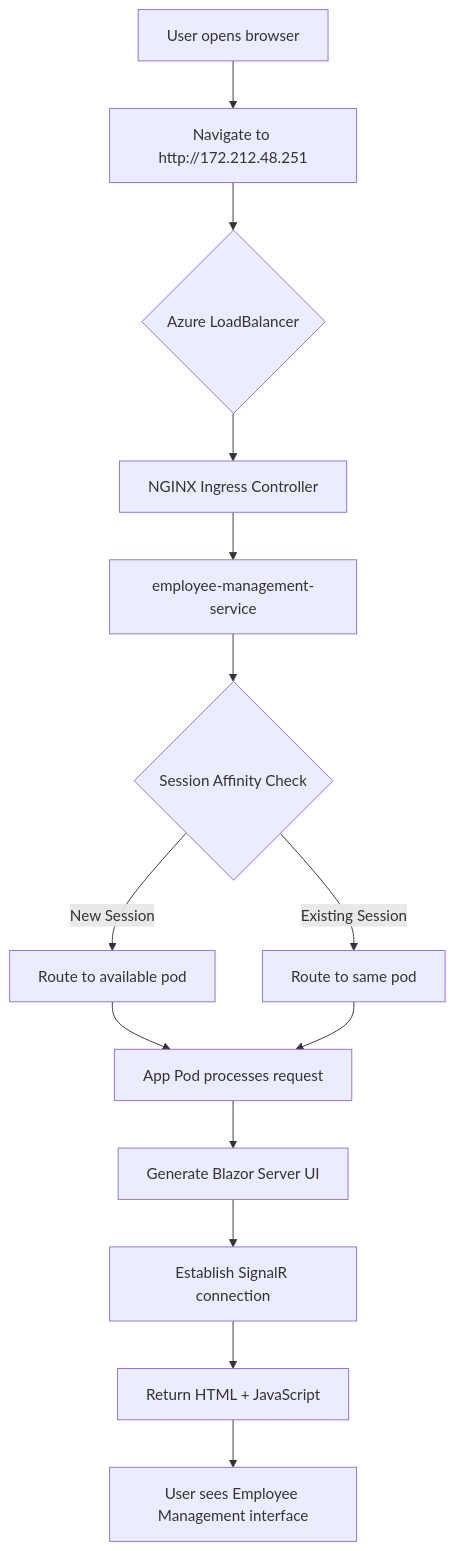
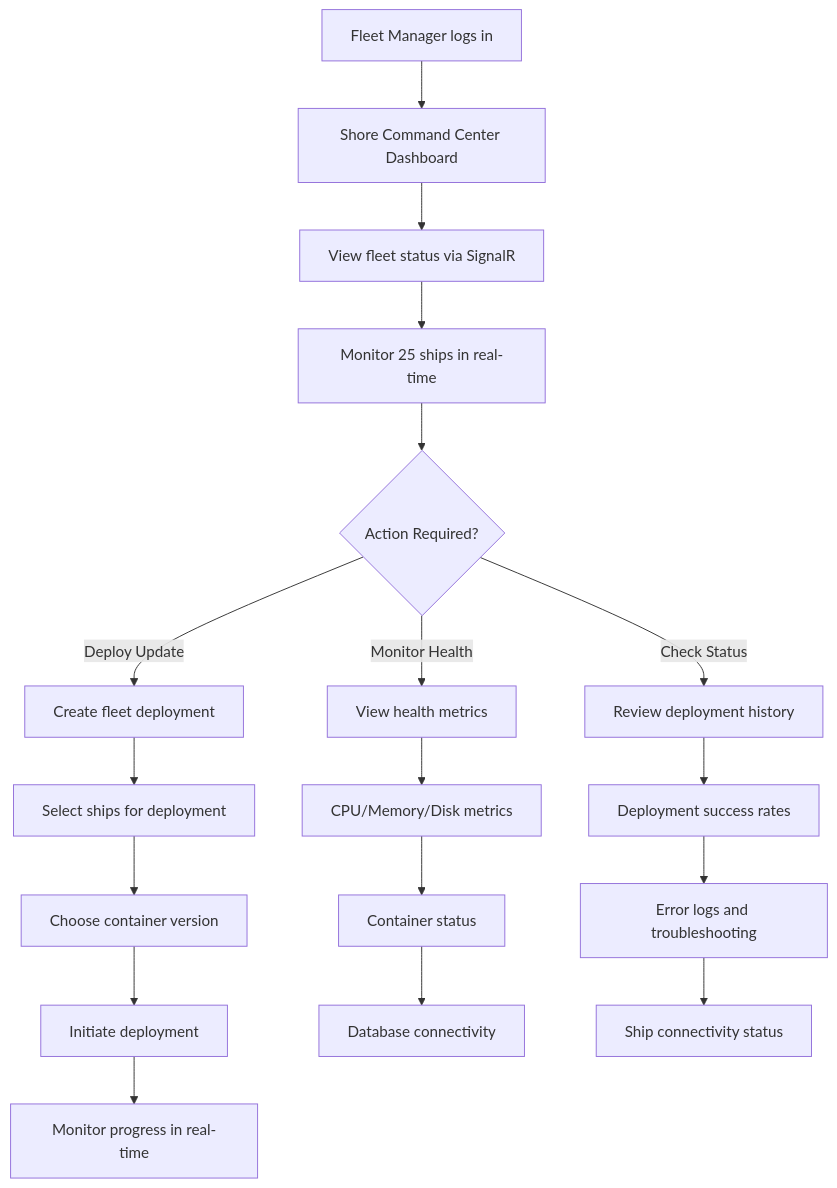
The fourth of 20 diagrams in ARCHITECTURE.md (ralphmx1988/EmployeeManagement), drawn with Mermaid before and after one commit. The commit also changed other lines of this file and 70 other files, not shown here.

````diff
--- a/ARCHITECTURE.md
+++ b/ARCHITECTURE.md
@@ -131,16 +258,24 @@
 ```mermaid
 flowchart TD
-    A[User opens browser] --> B[Navigate to http://172.212.48.251]
-    B --> C{Azure LoadBalancer}
-    C --> D[NGINX Ingress Controller]
-    D --> E[employee-management-service]
-    E --> F{Session Affinity Check}
-    F -->|New Session| G[Route to available pod]
-    F -->|Existing Session| H[Route to same pod]
-    G --> I[App Pod processes request]
-    H --> I
-    I --> J[Generate Blazor Server UI]
-    J --> K[Establish SignalR connection]
-    K --> L[Return HTML + JavaScript]
-    L --> M[User sees Employee Management interface]
+    A[Fleet Manager logs in] --> B[Shore Command Center Dashboard]
+    B --> C[View fleet status via SignalR]
+    C --> D[Monitor 25 ships in real-time]
+    D --> E{Action Required?}
+    
+    E -->|Deploy Update| F[Create fleet deployment]
+    E -->|Monitor Health| G[View health metrics]
+    E -->|Check Status| H[Review deployment history]
+    
+    F --> I[Select ships for deployment]
+    I --> J[Choose container version]
+    J --> K[Initiate deployment]
+    K --> L[Monitor progress in real-time]
+    
+    G --> M[CPU/Memory/Disk metrics]
+    M --> N[Container status]
+    N --> O[Database connectivity]
+    
+    H --> P[Deployment success rates]
+    P --> Q[Error logs and troubleshooting]
+    Q --> R[Ship connectivity status]
 ```
````
